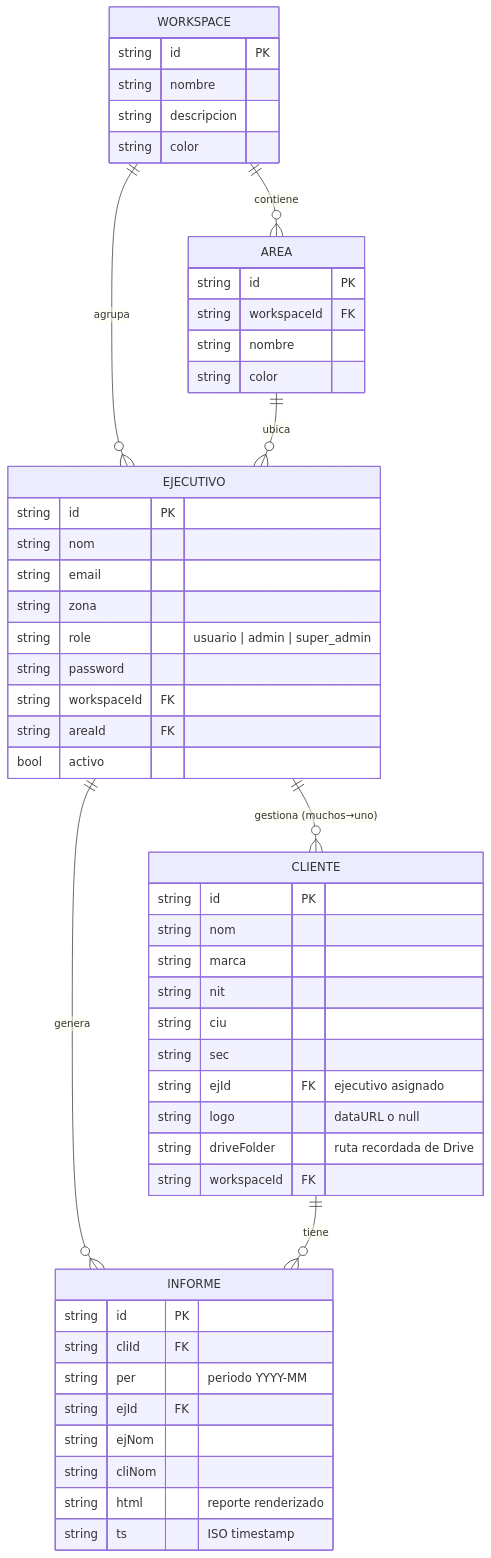
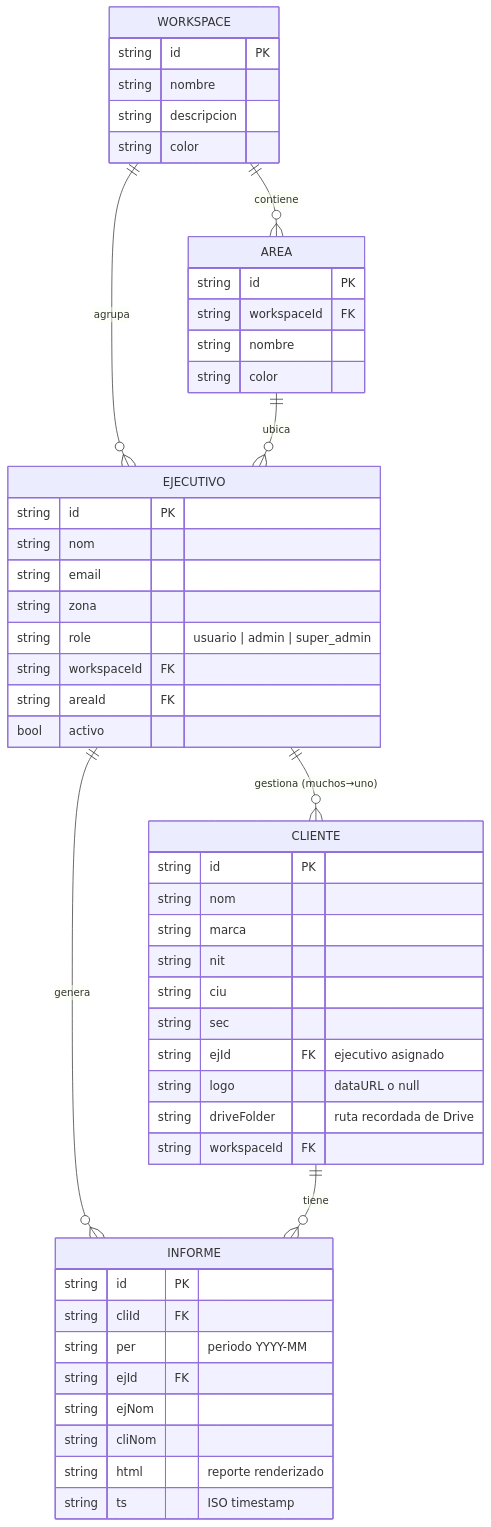
One commit to CamiloGs-univalle/informe-pt-react changed the diagram in docs/MODEL.md. Above: the diagram before and after it, drawn with Mermaid. The commit also changed other lines of this file and 122 other files, not shown here.

````diff
--- a/docs/MODEL.md
+++ b/docs/MODEL.md
@@ -10,55 +10,54 @@
 ```mermaid
 erDiagram
     WORKSPACE ||--o{ AREA : contiene
     WORKSPACE ||--o{ EJECUTIVO : agrupa
     AREA ||--o{ EJECUTIVO : ubica
     EJECUTIVO ||--o{ CLIENTE : "gestiona (muchos→uno)"
     EJECUTIVO ||--o{ INFORME : genera
     CLIENTE ||--o{ INFORME : tiene
 
     WORKSPACE {
         string id PK
         string nombre
         string descripcion
         string color
     }
     AREA {
         string id PK
         string workspaceId FK
         string nombre
         string color
     }
     EJECUTIVO {
         string id PK
         string nom
         string email
         string zona
         string role "usuario | admin | super_admin"
-        string password
         string workspaceId FK
         string areaId FK
         bool activo
     }
     CLIENTE {
         string id PK
         string nom
         string marca
         string nit
         string ciu
         string sec
         string ejId FK "ejecutivo asignado"
         string logo "dataURL o null"
         string driveFolder "ruta recordada de Drive"
         string workspaceId FK
     }
     INFORME {
         string id PK
         string cliId FK
         string per "periodo YYYY-MM"
         string ejId FK
         string ejNom
         string cliNom
         string html "reporte renderizado"
         string ts "ISO timestamp"
     }
 ```
````
